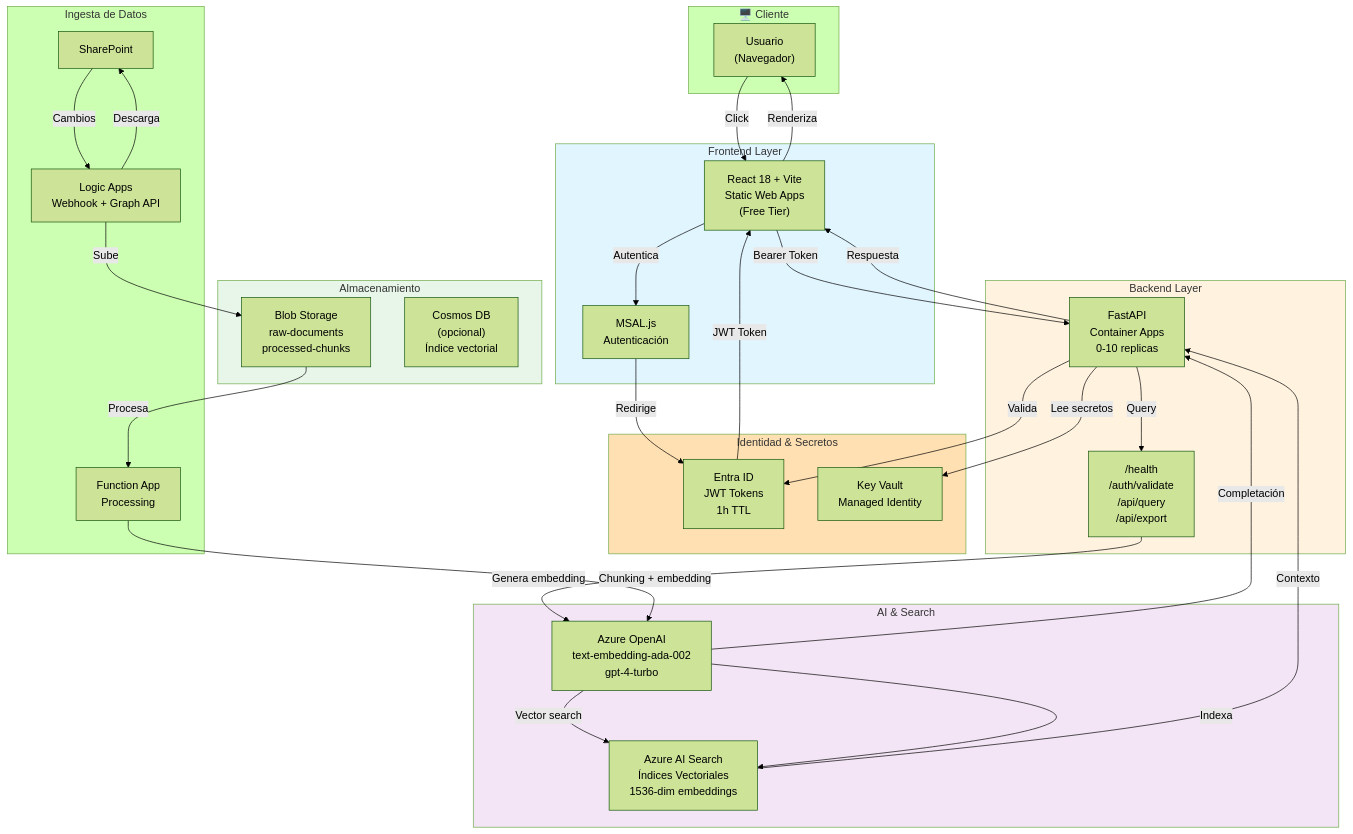
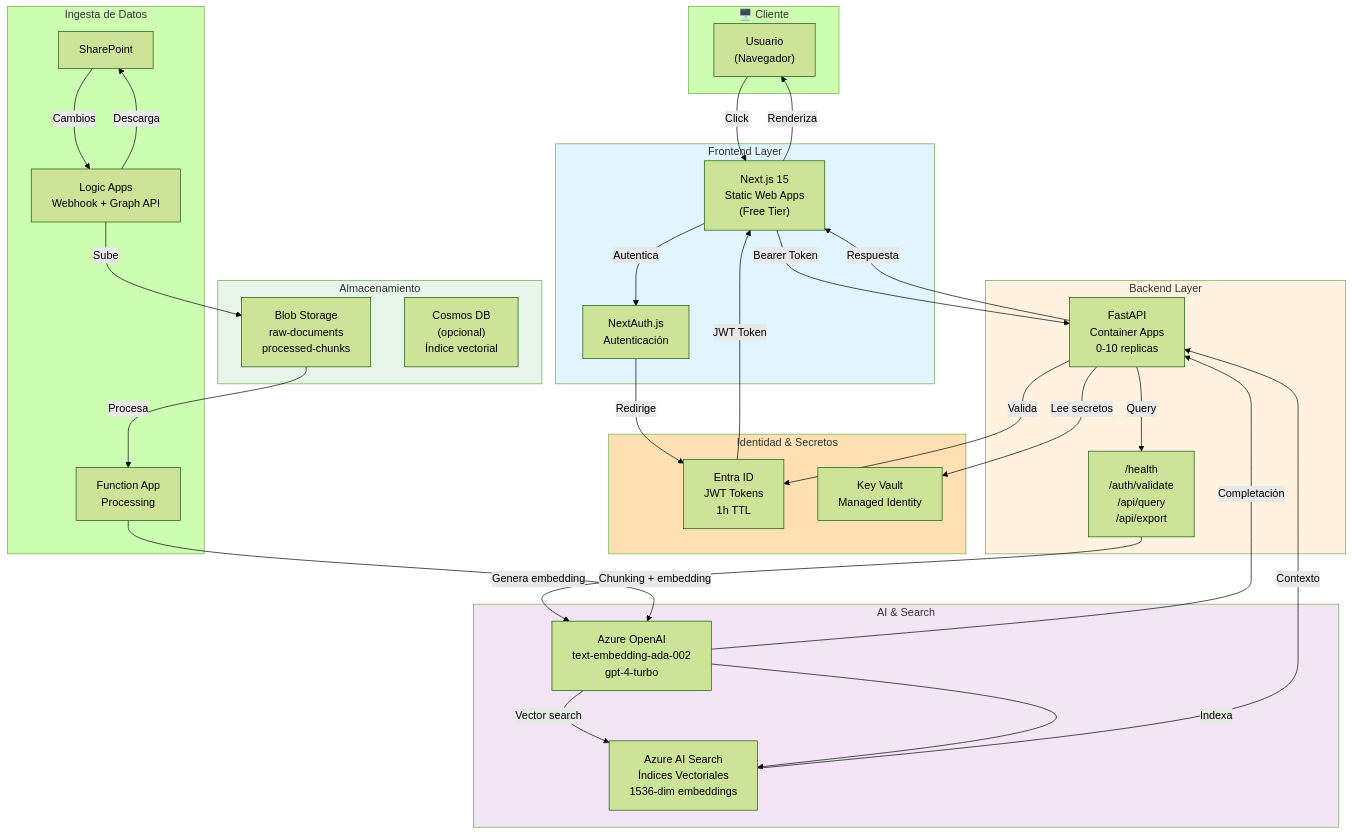
Before and after one commit to avalle-syntonize/Daiichi-Sankyo-RACMC-GPT: the diagram in docs/architecture.md, drawn with Mermaid (forest theme). The commit also changed other lines of this file and 6 other files, not shown here.

Commit message:
Update documentation: README, architecture, add MIGRATION, AUTHENTICATION, DEPLOYMENT, COMPLIANCE, and CHANGELOG

````diff
--- a/docs/architecture.md
+++ b/docs/architecture.md
@@ -31,65 +34,65 @@
 ```mermaid
 graph TB
     subgraph Client["🖥️ Cliente"]
         A["Usuario<br/>(Navegador)"]
     end
 
     subgraph Frontend["Frontend Layer"]
-        B["React 18 + Vite<br/>Static Web Apps<br/>(Free Tier)"]
-        C["MSAL.js<br/>Autenticación"]
+        B["Next.js 15<br/>Static Web Apps<br/>(Free Tier)"]
+        C["NextAuth.js<br/>Autenticación"]
     end
 
     subgraph Auth["Identidad & Secretos"]
         D["Entra ID<br/>JWT Tokens<br/>1h TTL"]
         E["Key Vault<br/>Managed Identity"]
     end
 
     subgraph Backend["Backend Layer"]
         F["FastAPI<br/>Container Apps<br/>0-10 replicas"]
         G["/health<br/>/auth/validate<br/>/api/query<br/>/api/export"]
     end
 
     subgraph AIServices["AI & Search"]
         H["Azure AI Search<br/>Índices Vectoriales<br/>1536-dim embeddings"]
         I["Azure OpenAI<br/>text-embedding-ada-002<br/>gpt-4-turbo"]
     end
 
     subgraph Storage["Almacenamiento"]
         J["Blob Storage<br/>raw-documents<br/>processed-chunks"]
         K["Cosmos DB<br/>(opcional)<br/>Índice vectorial"]
     end
 
     subgraph DataIngestion["Ingesta de Datos"]
         L["SharePoint"]
         M["Logic Apps<br/>Webhook + Graph API"]
         N["Function App<br/>Processing"]
     end
 
     A -->|Click| B
     B -->|Autentica| C
     C -->|Redirige| D
     D -->|JWT Token| B
     B -->|Bearer Token| F
     F -->|Valida| D
     F -->|Lee secretos| E
     F -->|Query| G
     G -->|Genera embedding| I
     I -->|Vector search| H
     H -->|Contexto| F
     I -->|Completación| F
     F -->|Respuesta| B
     B -->|Renderiza| A
 
     L -->|Cambios| M
     M -->|Descarga| L
     M -->|Sube| J
     J -->|Procesa| N
     N -->|Chunking + embedding| I
     I -->|Indexa| H
 
     style Frontend fill:#e1f5ff
     style Backend fill:#fff3e0
     style AIServices fill:#f3e5f5
     style Storage fill:#e8f5e9
     style Auth fill:#ffe0b2
 ```
````
